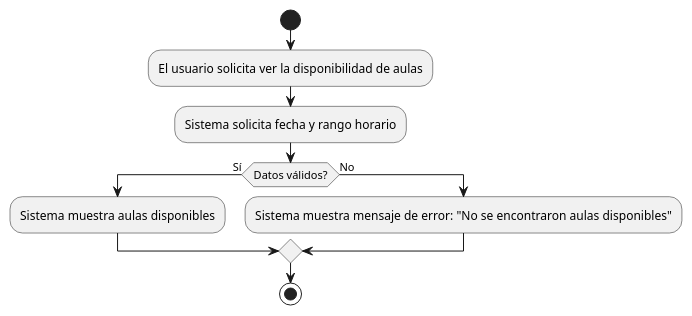
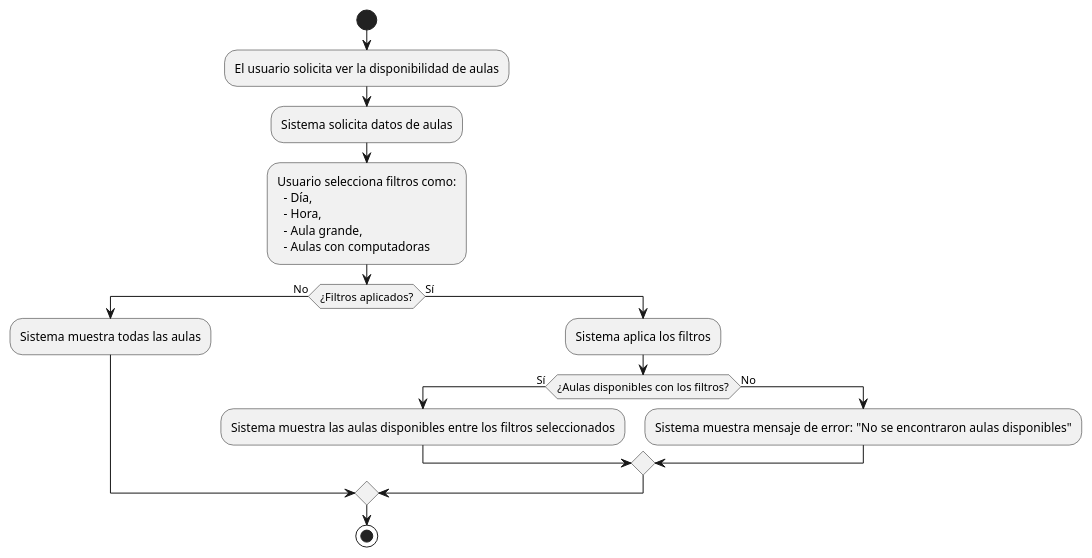
One commit to mmasias/24-25-IdSw1-SDR changed the diagram in casosDeUso/plantUML/VerDisponibilidadDeAulas.puml. Above: the diagram before and after it, drawn with PlantUML. The commit also changed 15 other files, not shown here.

Commit message:
Mejore los casos de uso y diagramas

```diff
--- a/casosDeUso/plantUML/VerDisponibilidadDeAulas.puml
+++ b/casosDeUso/plantUML/VerDisponibilidadDeAulas.puml
@@ -1,11 +1,22 @@
 @startuml
 start
 :El usuario solicita ver la disponibilidad de aulas;
-:Sistema solicita fecha y rango horario;
-if (Datos válidos?) then (Sí)
-  :Sistema muestra aulas disponibles;
-else (No)
-  :Sistema muestra mensaje de error: "No se encontraron aulas disponibles";
+:Sistema solicita datos de aulas;
+  :Usuario selecciona filtros como:
+    - Día,
+    - Hora,
+    - Aula grande,
+    - Aulas con computadoras;
+if (¿Filtros aplicados?) then (No)
+  :Sistema muestra todas las aulas;
+else (Sí)
+
+  :Sistema aplica los filtros;
+  if (¿Aulas disponibles con los filtros?) then (Sí)
+    :Sistema muestra las aulas disponibles entre los filtros seleccionados;
+  else (No)
+    :Sistema muestra mensaje de error: "No se encontraron aulas disponibles";
+  endif
 endif
 stop
 @enduml
```
